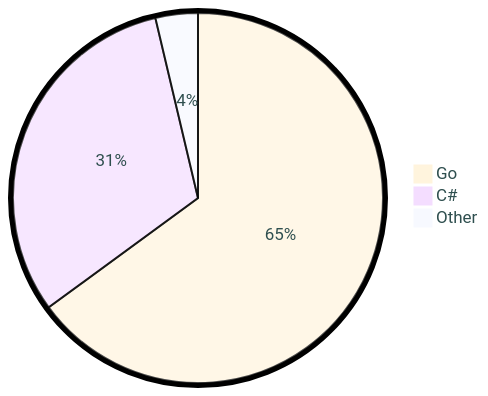
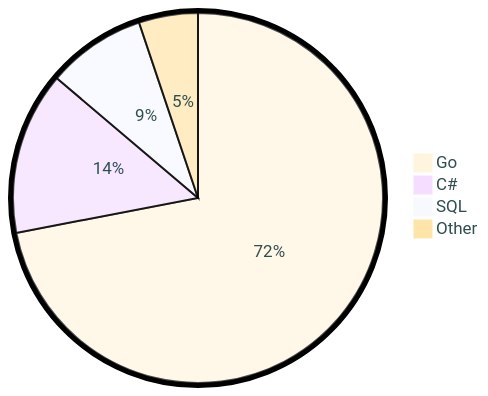
One commit to tot0p/tot0p changed the diagram in README.md. Above: the diagram before and after it, drawn with Mermaid. The commit also changed other lines of this file, not shown here.

````diff
--- a/README.md
+++ b/README.md
@@ -73,7 +79,8 @@
 ```mermaid
 %%{init: {"pie": {"textPosition": 0.5}, "themeVariables": {"pieOuterStrokeWidth": "5px","primaryTextColor" : "#2F4F4F"},"theme":"base"} }%%
 pie
-	"Go": 64.94
-	"C#": 31.36
-	"Other": 3.6999999999999997
+	"Go": 71.98
+	"C#": 14.22
+	"SQL": 8.64
+	"Other": 5.159999999999999
 ```
````
